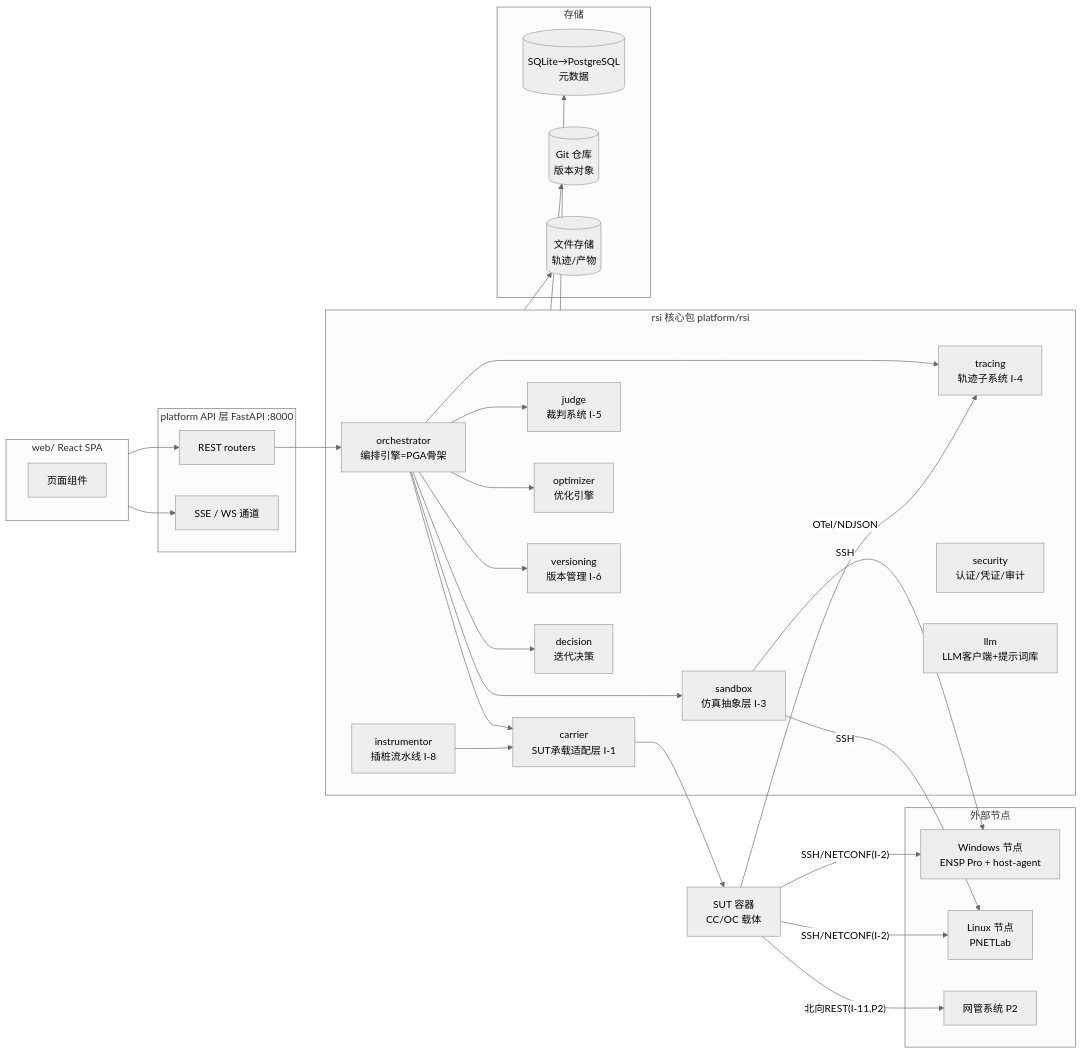
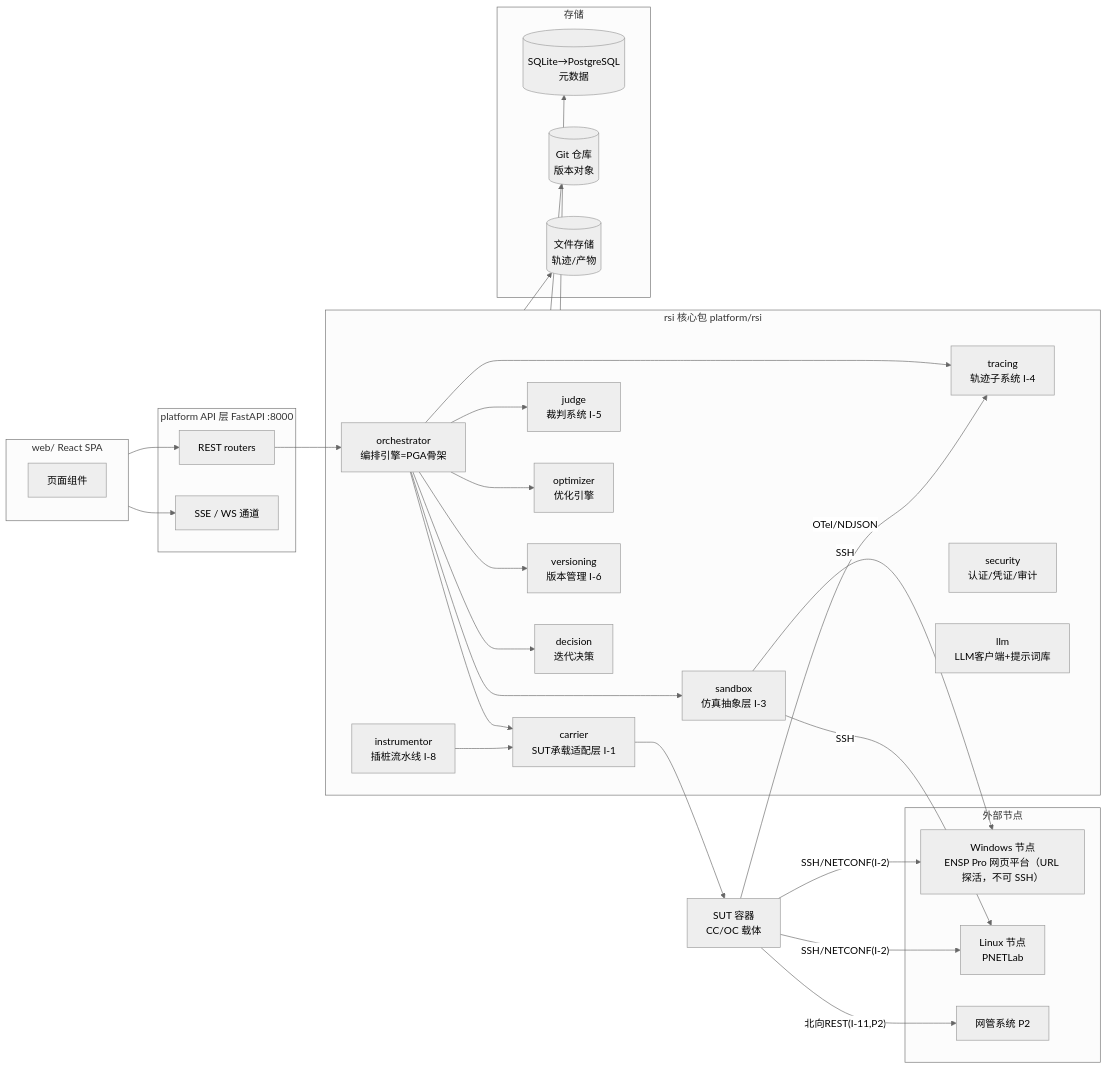
One commit to sah6b66/rsi_playground changed the first of 5 diagrams in docs/_rsi_playground_design.md. Above: the diagram before and after it, drawn with Mermaid (neutral theme). The commit also changed other lines of this file and 5 other files, not shown here.

Commit message:
docs: sandbox connectivity model — platform URL + device-level SSH + ADR-25 prebuilt mode (T5)

````diff
--- a/docs/_rsi_playground_design.md
+++ b/docs/_rsi_playground_design.md
@@ -32,50 +32,50 @@
 ```mermaid
 flowchart LR
     subgraph web[web/ React SPA]
         PAGES[页面组件]
     end
 
     subgraph api[platform API 层 FastAPI :8000]
         REST[REST routers]
         SSE[SSE / WS 通道]
     end
 
     subgraph core[rsi 核心包 platform/rsi]
         ORCH[orchestrator<br/>编排引擎=PGA骨架]
         CARRIER[carrier<br/>SUT承载适配层 I-1]
         INSTR[instrumentor<br/>插桩流水线 I-8]
         SANDBOX[sandbox<br/>仿真抽象层 I-3]
         TRACE[tracing<br/>轨迹子系统 I-4]
         JUDGE[judge<br/>裁判系统 I-5]
         OPT[optimizer<br/>优化引擎]
         VER[versioning<br/>版本管理 I-6]
         DEC[decision<br/>迭代决策]
         SEC[security<br/>认证/凭证/审计]
         LLM[llm<br/>LLM客户端+提示词库]
     end
 
     subgraph stores[存储]
         PG[(SQLite→PostgreSQL<br/>元数据)]
         GIT[(Git 仓库<br/>版本对象)]
         FS[(文件存储<br/>轨迹/产物)]
     end
 
     subgraph nodes[外部节点]
-        ENSPN[Windows 节点<br/>ENSP Pro + host-agent]
+        ENSPN[Windows 节点<br/>ENSP Pro 网页平台（URL 探活，不可 SSH）]
         PNETN[Linux 节点<br/>PNETLab]
         NMS[网管系统 P2]
     end
 
     SUTC[SUT 容器<br/>CC/OC 载体]
 
     web --> REST & SSE
     REST --> ORCH
     ORCH --> CARRIER & SANDBOX & TRACE & JUDGE & OPT & VER & DEC
     CARRIER --> SUTC
     INSTR --> CARRIER
     SANDBOX -- SSH --> ENSPN & PNETN
     SUTC -- "SSH/NETCONF(I-2)" --> ENSPN & PNETN
     SUTC -- "北向REST(I-11,P2)" --> NMS
     SUTC -- "OTel/NDJSON" --> TRACE
     core --> PG & GIT & FS
 ```
````
